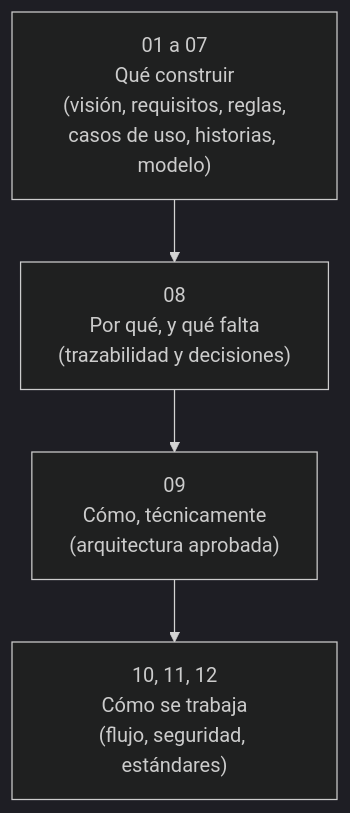
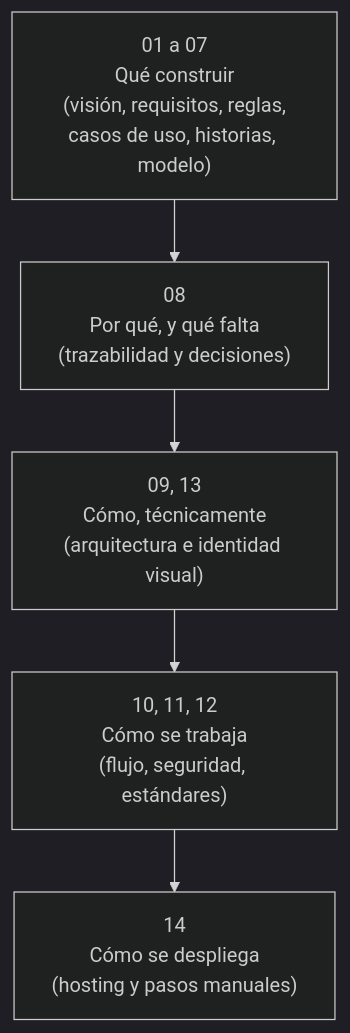
One commit to ariadnacisterna/business-management changed the diagram in docs/README.md. Above: the diagram before and after it, drawn with Mermaid (dark theme). The commit also changed other lines of this file and 12 other files, not shown here.

````diff
--- a/docs/README.md
+++ b/docs/README.md
@@ -30,9 +31,10 @@
 ```mermaid
 flowchart TD
     A["01 a 07<br/>Qué construir<br/>(visión, requisitos, reglas,<br/>casos de uso, historias, modelo)"]
     B["08<br/>Por qué, y qué falta<br/>(trazabilidad y decisiones)"]
-    C["09<br/>Cómo, técnicamente<br/>(arquitectura aprobada)"]
+    C["09, 13<br/>Cómo, técnicamente<br/>(arquitectura e identidad visual)"]
     D["10, 11, 12<br/>Cómo se trabaja<br/>(flujo, seguridad, estándares)"]
+    E["14<br/>Cómo se despliega<br/>(hosting y pasos manuales)"]
 
-    A --> B --> C --> D
+    A --> B --> C --> D --> E
 ```
````
